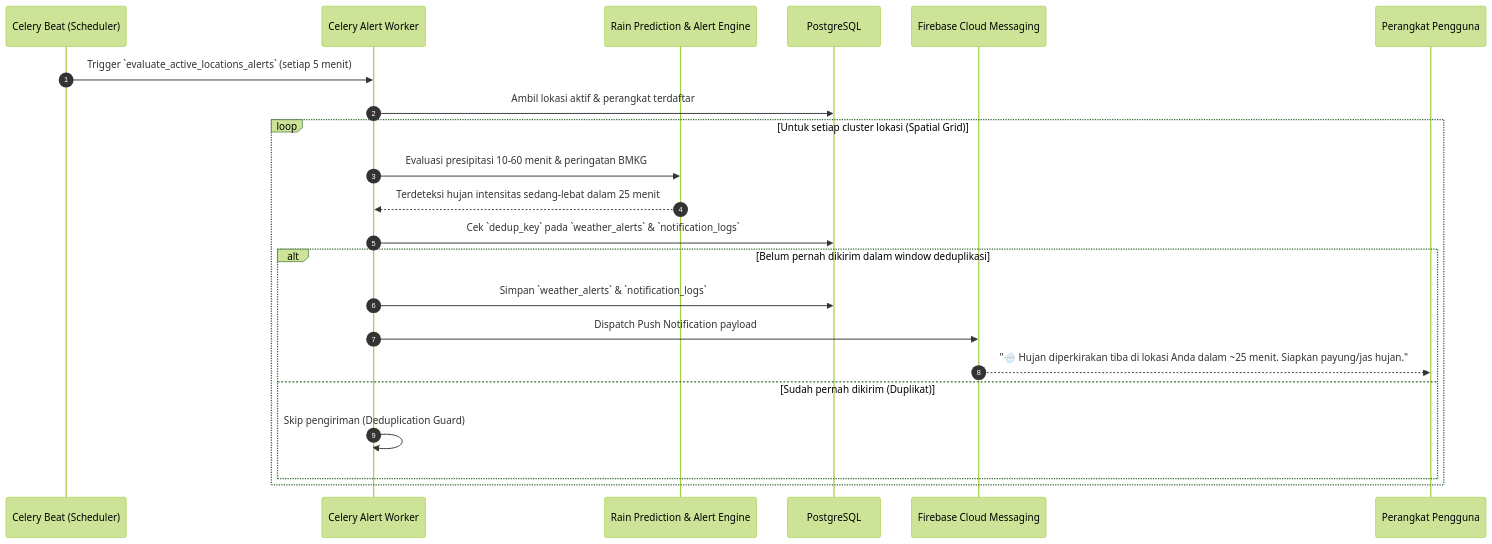
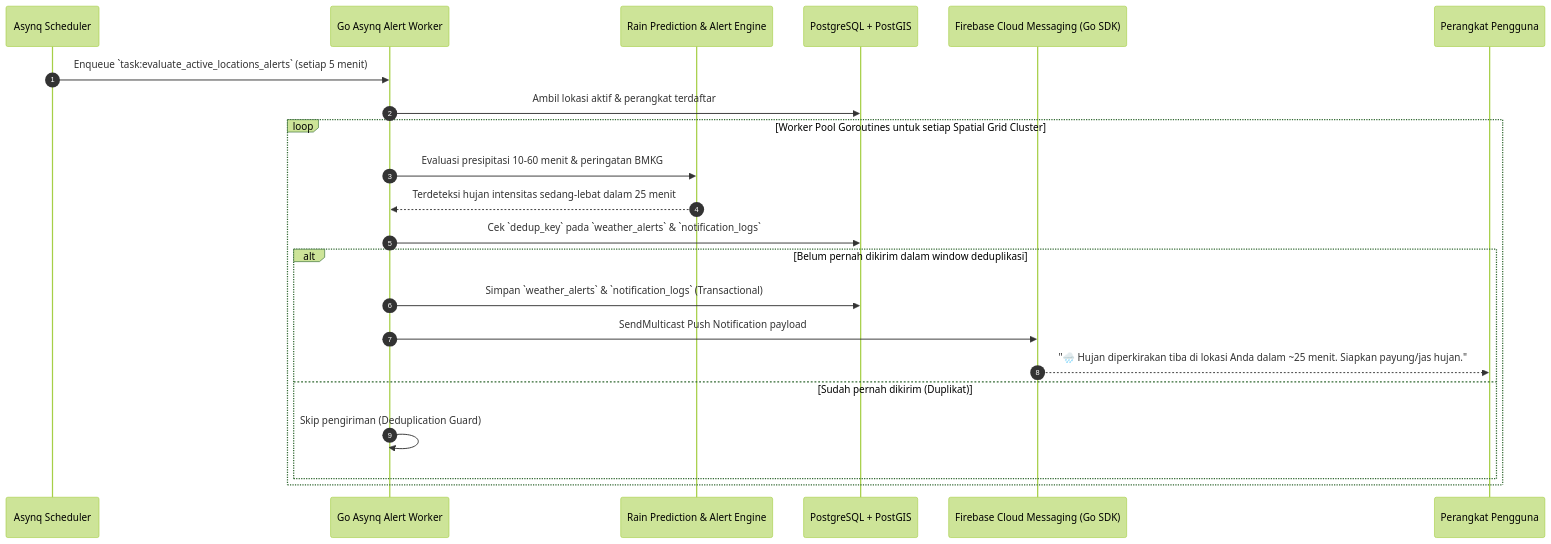
The third of 3 diagrams in docs/architecture/SYSTEM_ARCHITECTURE.md (afrizadwi21/weatherly), drawn with Mermaid (forest theme) before and after one commit. The commit also changed other lines of this file and 3 other files, not shown here.

Commit message:
refactor(arch): migrate backend architecture and CI workflows to Golang

````diff
--- a/docs/architecture/SYSTEM_ARCHITECTURE.md
+++ b/docs/architecture/SYSTEM_ARCHITECTURE.md
@@ -85,25 +85,25 @@
 ```mermaid
 sequenceDiagram
     autonumber
-    participant Beat as Celery Beat (Scheduler)
-    participant Worker as Celery Alert Worker
+    participant Cron as Asynq Scheduler
+    participant Worker as Go Asynq Alert Worker
     participant RainSvc as Rain Prediction & Alert Engine
-    participant DB as PostgreSQL
-    participant FCM as Firebase Cloud Messaging
+    participant DB as PostgreSQL + PostGIS
+    participant FCM as Firebase Cloud Messaging (Go SDK)
     participant User as Perangkat Pengguna
 
-    Beat->>Worker: Trigger `evaluate_active_locations_alerts` (setiap 5 menit)
+    Cron->>Worker: Enqueue `task:evaluate_active_locations_alerts` (setiap 5 menit)
     Worker->>DB: Ambil lokasi aktif & perangkat terdaftar
-    loop Untuk setiap cluster lokasi (Spatial Grid)
+    loop Worker Pool Goroutines untuk setiap Spatial Grid Cluster
         Worker->>RainSvc: Evaluasi presipitasi 10-60 menit & peringatan BMKG
         RainSvc-->>Worker: Terdeteksi hujan intensitas sedang-lebat dalam 25 menit
         Worker->>DB: Cek `dedup_key` pada `weather_alerts` & `notification_logs`
         alt Belum pernah dikirim dalam window deduplikasi
-            Worker->>DB: Simpan `weather_alerts` & `notification_logs`
-            Worker->>FCM: Dispatch Push Notification payload
+            Worker->>DB: Simpan `weather_alerts` & `notification_logs` (Transactional)
+            Worker->>FCM: SendMulticast Push Notification payload
             FCM-->>User: "🌧️ Hujan diperkirakan tiba di lokasi Anda dalam ~25 menit. Siapkan payung/jas hujan."
         else Sudah pernah dikirim (Duplikat)
             Worker->>Worker: Skip pengiriman (Deduplication Guard)
         end
     end
 ```
````
